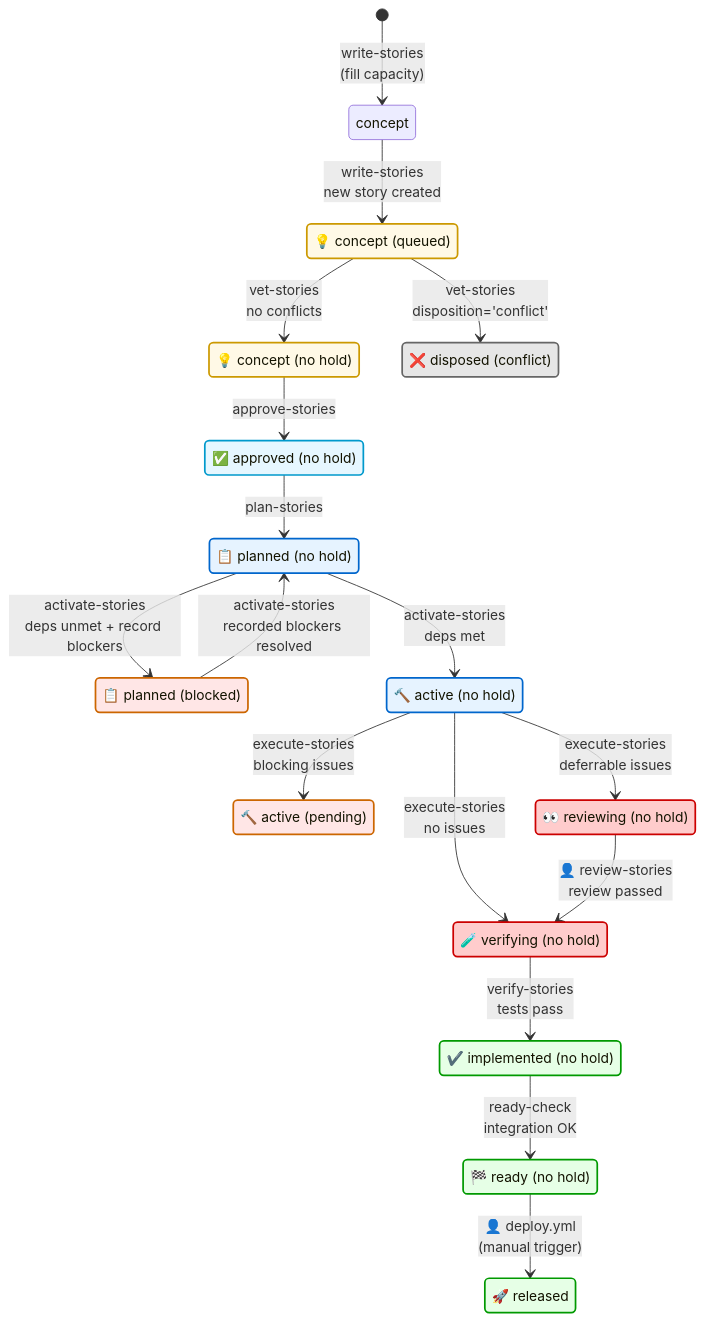
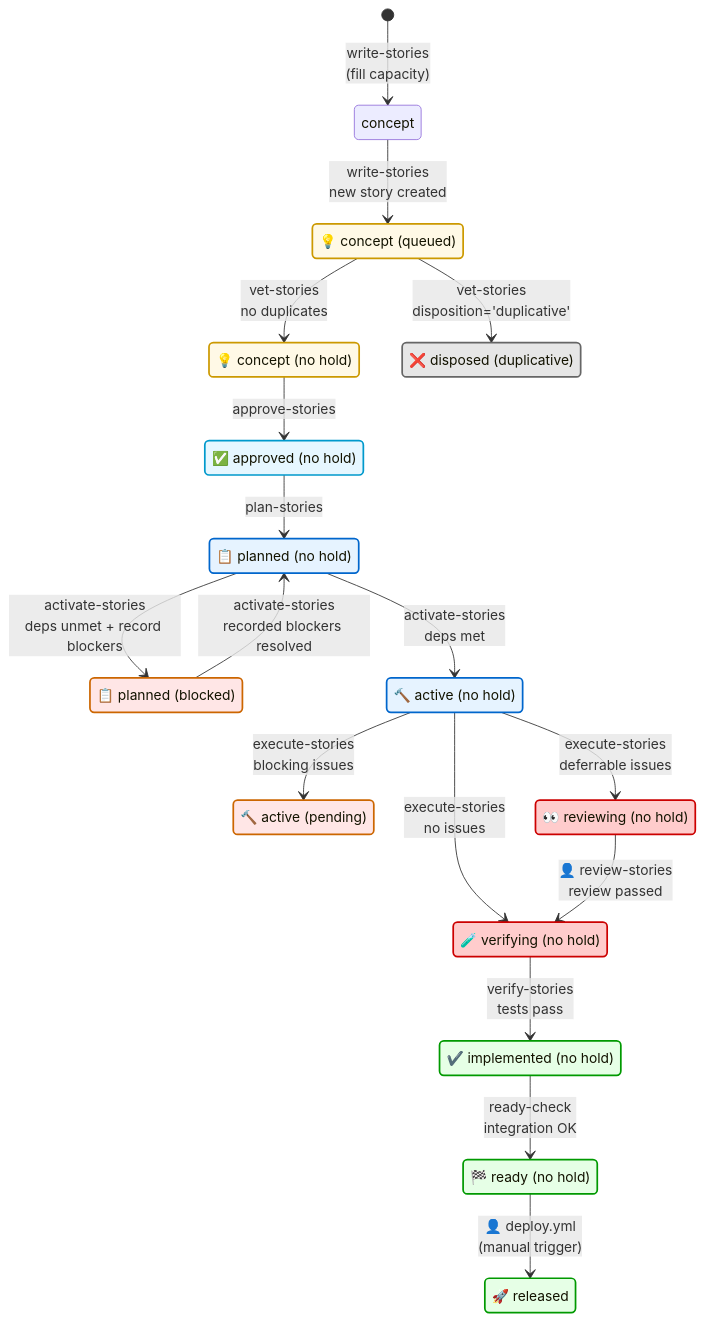
The first of 4 diagrams in .claude/skills/story-tree/references/orchestrator-workflow-complete.md (Mharbulous/SyncoPaid), drawn with Mermaid before and after one commit. The commit also changed other lines of this file and 10 other files, not shown here.

First line of the commit message:
refactor: rename disposition 'conflict' to 'duplicative', add hold_reason 'conflict'

````diff
--- a/.claude/skills/story-tree/references/orchestrator-workflow-complete.md
+++ b/.claude/skills/story-tree/references/orchestrator-workflow-complete.md
@@ -29,63 +29,63 @@
 ```mermaid
 stateDiagram-v2
     direction TB
 
     [*] --> concept: write-stories<br/>(fill capacity)
 
     state "💡 concept (queued)" as CONCEPT_QUEUED
     state "💡 concept (no hold)" as CONCEPT
     state "✅ approved (no hold)" as APPROVED
     state "📋 planned (no hold)" as PLANNED
     state "📋 planned (blocked)" as PLANNED_BLOCKED
     state "🔨 active (no hold)" as ACTIVE
     state "🔨 active (pending)" as ACTIVE_PENDING
     state "👀 reviewing (no hold)" as REVIEWING
     state "🧪 verifying (no hold)" as VERIFYING
     state "✔️ implemented (no hold)" as IMPLEMENTED
     state "🏁 ready (no hold)" as READY
     state "🚀 released" as RELEASED
-    state "❌ disposed (conflict)" as DISPOSED
+    state "❌ disposed (duplicative)" as DISPOSED
 
     concept --> CONCEPT_QUEUED: write-stories<br/>new story created
 
-    CONCEPT_QUEUED --> CONCEPT: vet-stories<br/>no conflicts
-    CONCEPT_QUEUED --> DISPOSED: vet-stories<br/>disposition='conflict'
+    CONCEPT_QUEUED --> CONCEPT: vet-stories<br/>no duplicates
+    CONCEPT_QUEUED --> DISPOSED: vet-stories<br/>disposition='duplicative'
 
     CONCEPT --> APPROVED: approve-stories
 
     APPROVED --> PLANNED: plan-stories
 
     PLANNED --> ACTIVE: activate-stories<br/>deps met
     PLANNED --> PLANNED_BLOCKED: activate-stories<br/>deps unmet + record blockers
     PLANNED_BLOCKED --> PLANNED: activate-stories<br/>recorded blockers resolved
 
     ACTIVE --> REVIEWING: execute-stories<br/>deferrable issues
     ACTIVE --> VERIFYING: execute-stories<br/>no issues
     ACTIVE --> ACTIVE_PENDING: execute-stories<br/>blocking issues
 
     REVIEWING --> VERIFYING: 👤 review-stories<br/>review passed
 
     VERIFYING --> IMPLEMENTED: verify-stories<br/>tests pass
 
     IMPLEMENTED --> READY: ready-check<br/>integration OK
 
     READY --> RELEASED: 👤 deploy.yml<br/>(manual trigger)
 
     %% Semantic class definitions for stage types
     classDef conceptStage fill:#fff9e6,stroke:#cc9900,stroke-width:2px
     classDef approvedStage fill:#e6f7ff,stroke:#0099cc,stroke-width:2px
     classDef workingStage fill:#e6f3ff,stroke:#0066cc,stroke-width:2px
     classDef reviewStage fill:#ffcccc,stroke:#cc0000,stroke-width:2px
     classDef doneStage fill:#e6ffe6,stroke:#009900,stroke-width:2px
     classDef blockedStage fill:#ffe6e6,stroke:#cc6600,stroke-width:2px
     classDef disposedStage fill:#e6e6e6,stroke:#666666,stroke-width:2px
 
     %% Apply classes to states by stage type
     class CONCEPT_QUEUED,CONCEPT conceptStage
     class APPROVED approvedStage
     class PLANNED,ACTIVE workingStage
     class PLANNED_BLOCKED,ACTIVE_PENDING blockedStage
     class REVIEWING,VERIFYING reviewStage
     class IMPLEMENTED,READY,RELEASED doneStage
     class DISPOSED disposedStage
 ```
````
